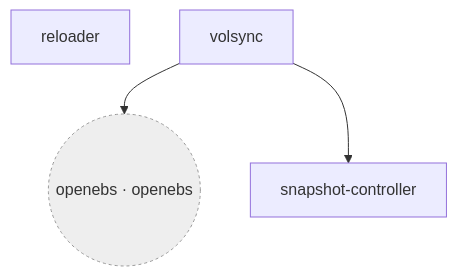
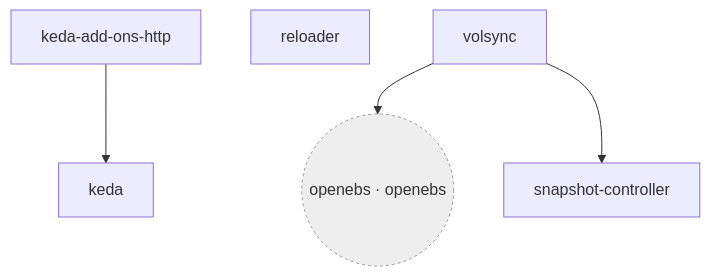
One commit to qnimbus/home-lab changed diagram 19 of 21 in docs/CLUSTER.md. Above: the diagram before and after it, drawn with Mermaid. The commit also changed other lines of this file and 19 other files, not shown here.

````diff
--- a/docs/CLUSTER.md
+++ b/docs/CLUSTER.md
@@ -1173,10 +1292,13 @@
 ```mermaid
 flowchart TD
+  flux_system_keda["keda"]
+  flux_system_keda_add_ons_http["keda-add-ons-http"]
   flux_system_reloader["reloader"]
   flux_system_snapshot_controller["snapshot-controller"]
   flux_system_volsync["volsync"]
   flux_system_openebs(("openebs · openebs")):::external
+  flux_system_keda_add_ons_http --> flux_system_keda
   flux_system_volsync --> flux_system_openebs
   flux_system_volsync --> flux_system_snapshot_controller
   classDef external fill:#eee,stroke:#999,stroke-dasharray: 3 3
 ```
````
